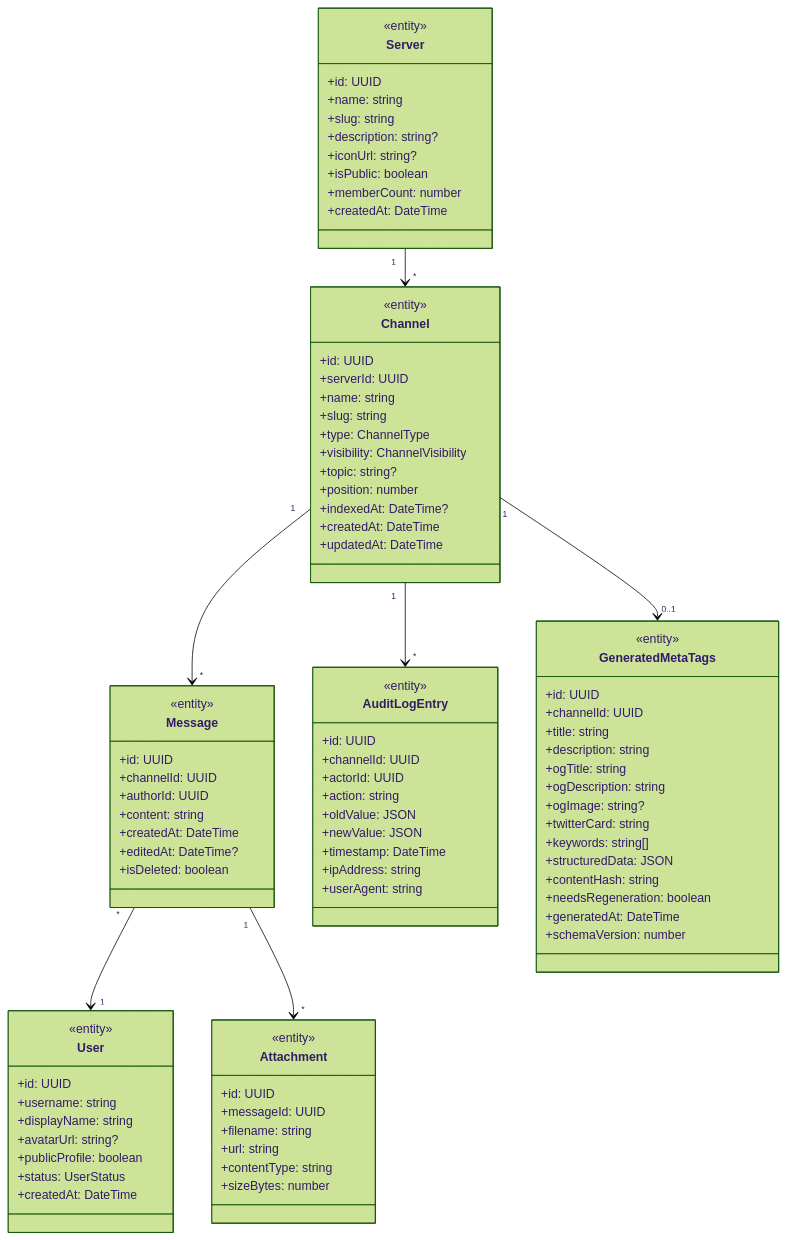
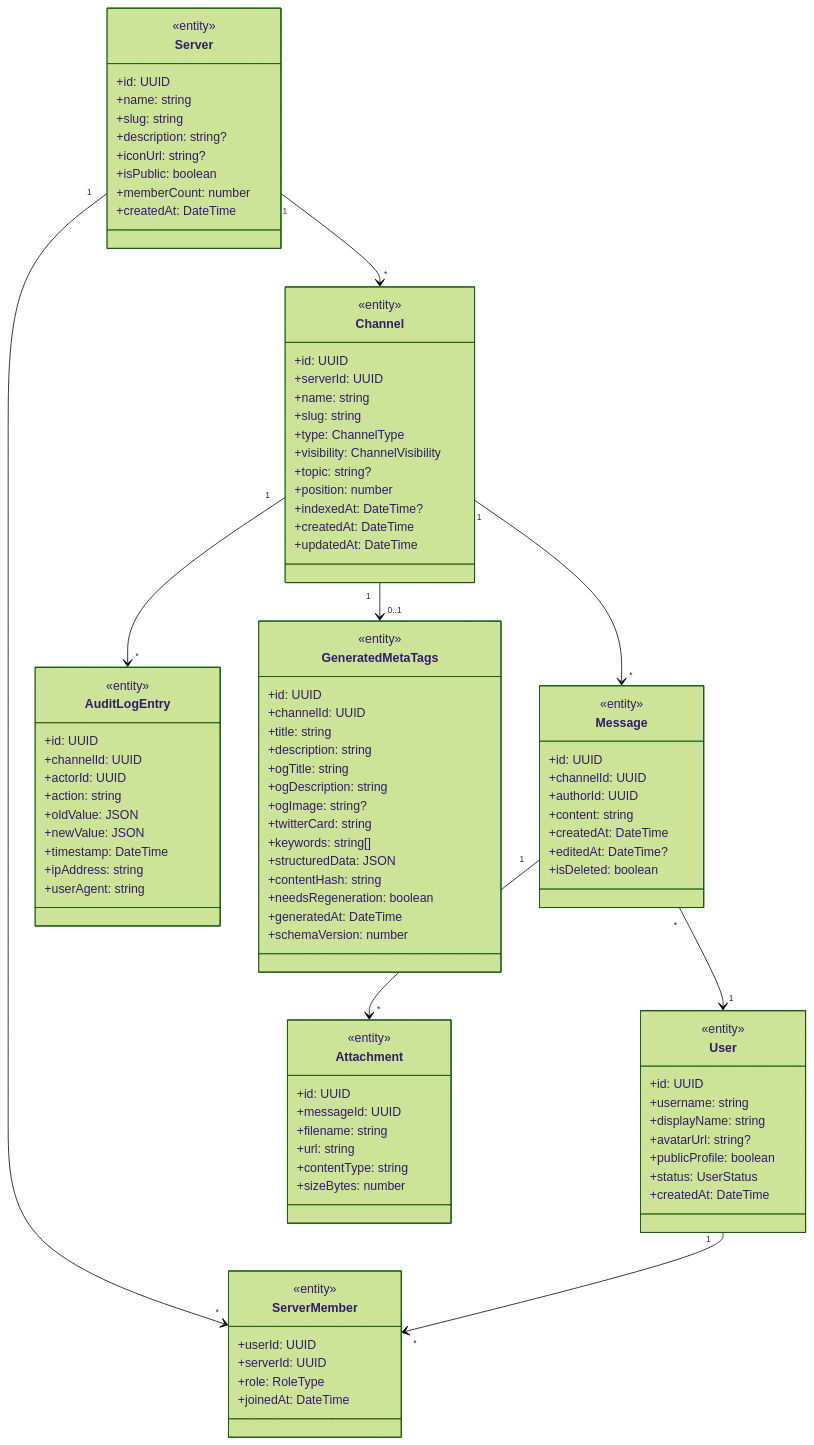
The second of 24 diagrams in docs/unified-backend-architecture.md (acabrera04/Harmony), drawn with Mermaid (forest theme) before and after one commit. The commit also changed other lines of this file and 3 other files, not shown here.

First line of the commit message:
fix: apply all PR #141 review suggestions + update architecture docs

````diff
--- a/docs/unified-backend-architecture.md
+++ b/docs/unified-backend-architecture.md
@@ -210,6 +210,14 @@
         +userAgent: string
     }
 
+    class ServerMember {
+        <<entity>>
+        +userId: UUID
+        +serverId: UUID
+        +role: RoleType
+        +joinedAt: DateTime
+    }
+
     class GeneratedMetaTags {
         <<entity>>
         +id: UUID
@@ -235,4 +243,6 @@
     Message "1" --> "*" Attachment
     Channel "1" --> "*" AuditLogEntry
     Channel "1" --> "0..1" GeneratedMetaTags
+    Server "1" --> "*" ServerMember
+    User "1" --> "*" ServerMember
 ```
````
